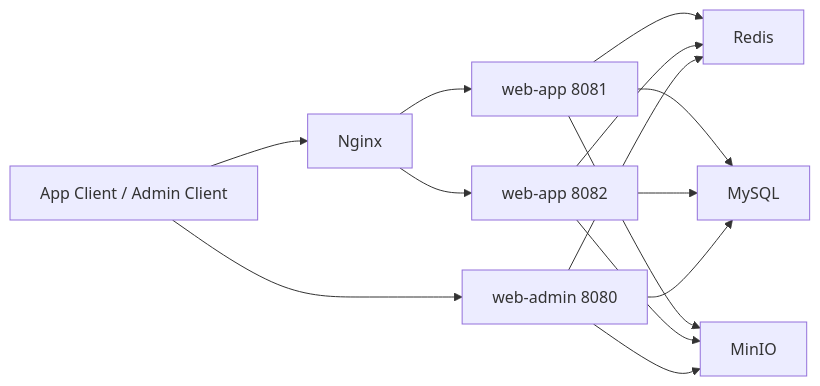
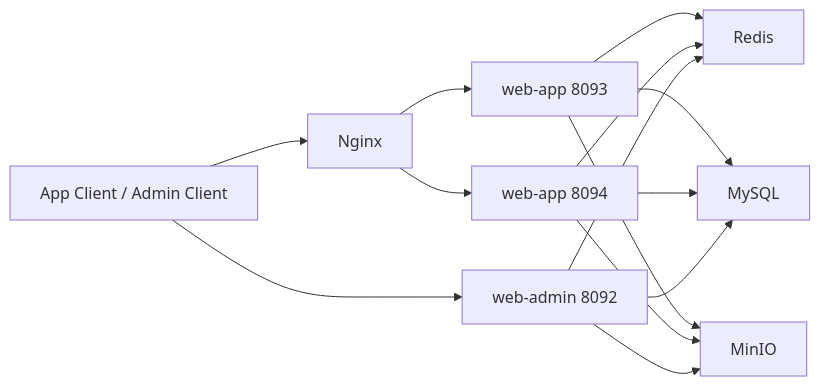
Before and after one commit to ArenBlank/huang-parent: the diagram in README.md, drawn with Mermaid. The commit also changed other lines of this file and 36 other files, not shown here.

````diff
--- a/README.md
+++ b/README.md
@@ -62,16 +62,16 @@
 ```mermaid
 graph LR
     Client[App Client / Admin Client] --> Nginx[Nginx]
-    Client --> Admin[web-admin 8080]
-    Nginx --> App1[web-app 8081]
-    Nginx --> App2[web-app 8082]
+    Client --> Admin[web-admin 8092]
+    Nginx --> App1[web-app 8093]
+    Nginx --> App2[web-app 8094]
     App1 --> Redis[Redis]
     App2 --> Redis
     Admin --> Redis
     App1 --> MySQL[MySQL]
     App2 --> MySQL
     Admin --> MySQL
     App1 --> MinIO[MinIO]
     App2 --> MinIO
     Admin --> MinIO
 ```
````
